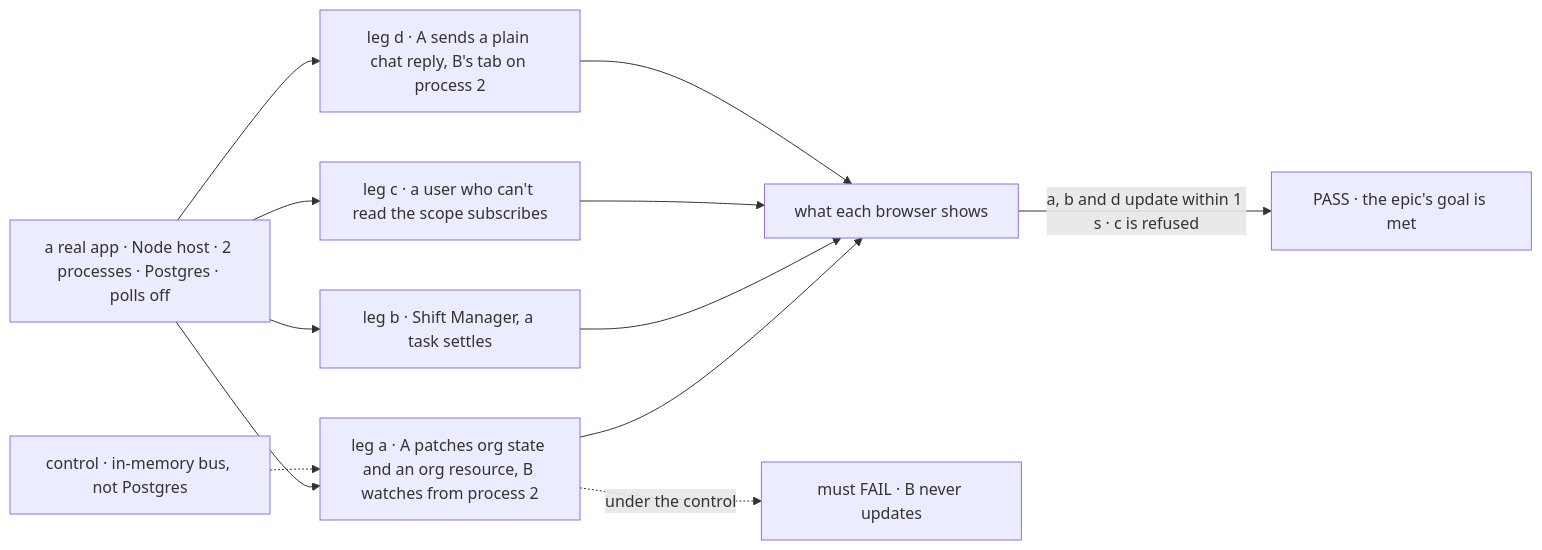
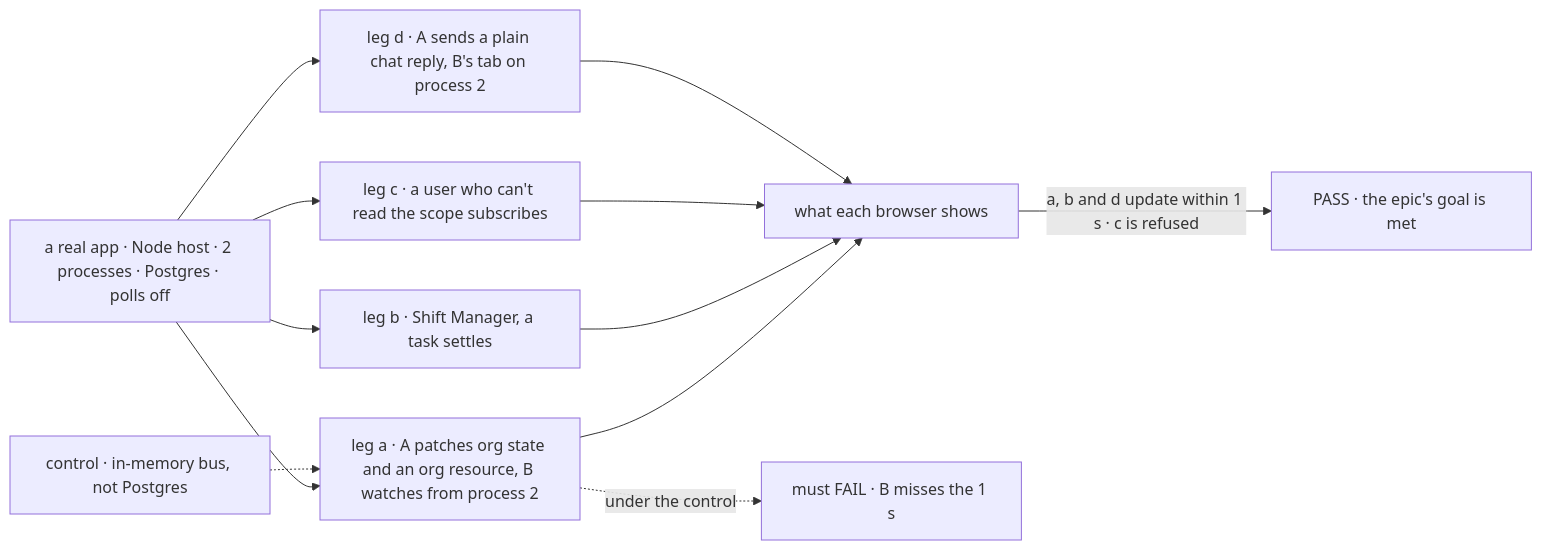
One commit to fixpoint-labs/flow-state-dev changed the first of 2 diagrams in specs/epics/FIX-2367/SPEC.md. Above: the diagram before and after it, drawn with Mermaid. The commit also changed other lines of this file and 3 other files, not shown here.

First line of the commit message:
spec(FIX-2368): fold Architect and Cursor review

````diff
--- a/specs/epics/FIX-2367/SPEC.md
+++ b/specs/epics/FIX-2367/SPEC.md
@@ -35,14 +35,14 @@
 ```mermaid
 flowchart LR
   A["a real app · Node host · 2 processes · Postgres · polls off"] --> L1["leg a · A patches org state and an org resource, B watches from process 2"]
   A --> L2["leg b · Shift Manager, a task settles"]
   A --> L3["leg c · a user who can't read the scope subscribes"]
   A --> L4["leg d · A sends a plain chat reply, B's tab on process 2"]
   L1 --> T["what each browser shows"]
   L2 --> T
   L3 --> T
   L4 --> T
   T -->|"a, b and d update within 1 s · c is refused"| P["PASS · the epic's goal is met"]
   C["control · in-memory bus, not Postgres"] -.-> L1
-  L1 -.->|"under the control"| F["must FAIL · B never updates"]
+  L1 -.->|"under the control"| F["must FAIL · B misses the 1 s"]
 ```
````
